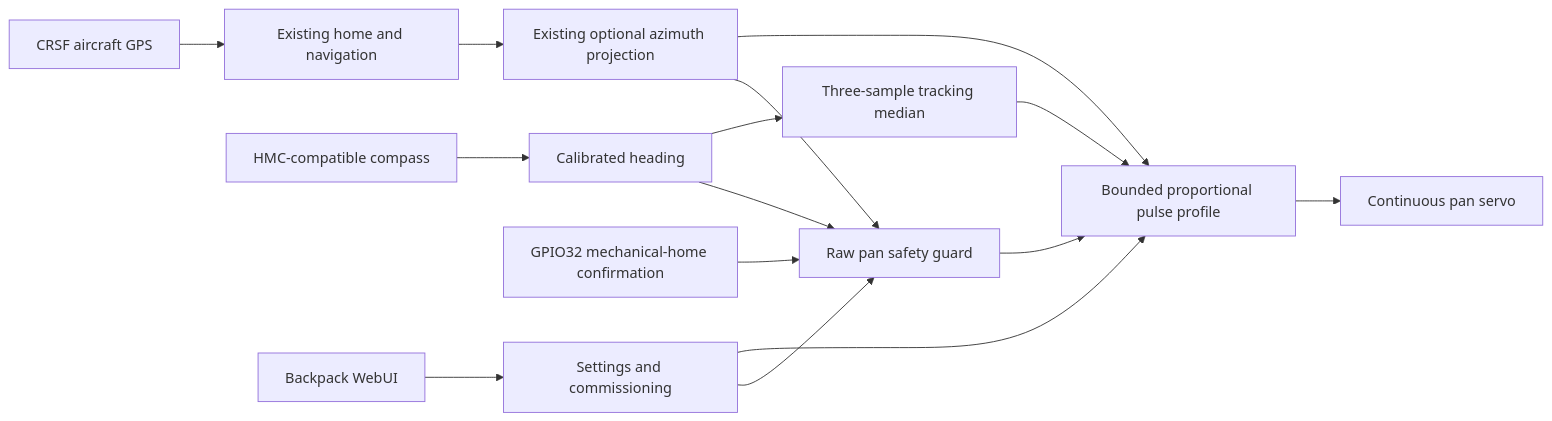
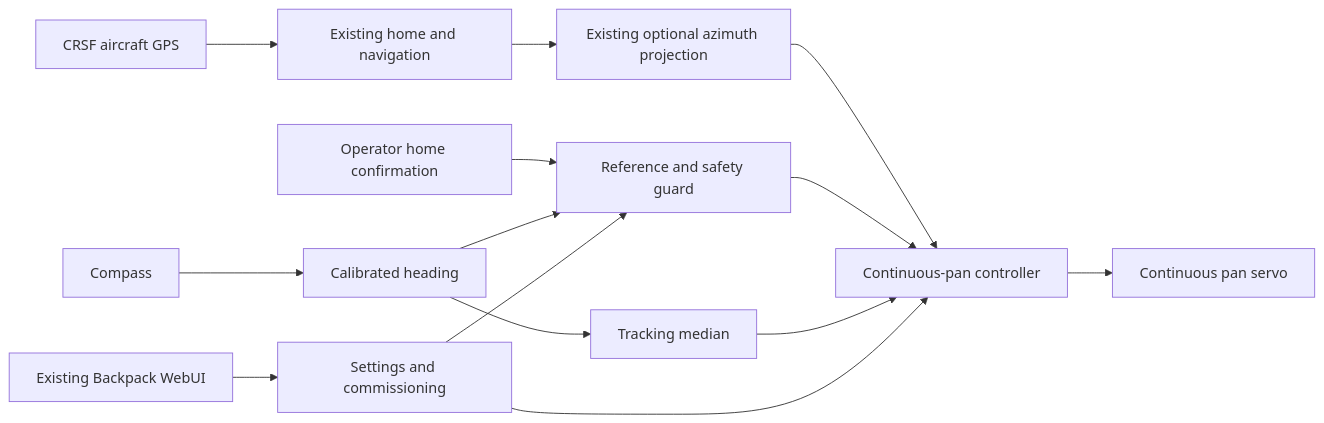
Before and after one commit to zingaros/elrs-aat-pro: the diagram in docs/architecture.md, drawn with Mermaid. The commit also changed other lines of this file and 3 other files, not shown here.

Commit message:
Simplify continuous pan project scope

````diff
--- a/docs/architecture.md
+++ b/docs/architecture.md
@@ -343,17 +23,16 @@
 ```mermaid
 flowchart LR
     GPS[CRSF aircraft GPS] --> NAV[Existing home and navigation]
     NAV --> PROJ[Existing optional azimuth projection]
-    COMPASS[HMC-compatible compass] --> HEADING[Calibrated heading]
-    HOME[GPIO32 mechanical-home confirmation] --> GUARD[Raw pan safety guard]
+    PROJ --> CONTROL[Continuous-pan controller]
+    COMPASS[Compass] --> HEADING[Calibrated heading]
+    HOME[Operator home confirmation] --> GUARD[Reference and safety guard]
     HEADING --> GUARD
-    HEADING --> MEDIAN[Three-sample tracking median]
-    PROJ --> GUARD
-    PROJ --> CONTROL[Bounded proportional pulse profile]
+    HEADING --> FILTER[Tracking median]
     GUARD --> CONTROL
-    MEDIAN --> CONTROL
-    CONTROL --> PAN[Continuous pan servo]
-    UI[Backpack WebUI] --> CONFIG[Settings and commissioning]
+    FILTER --> CONTROL
+    UI[Existing Backpack WebUI] --> CONFIG[Settings and commissioning]
     CONFIG --> GUARD
     CONFIG --> CONTROL
+    CONTROL --> PAN[Continuous pan servo]
 ```
````
